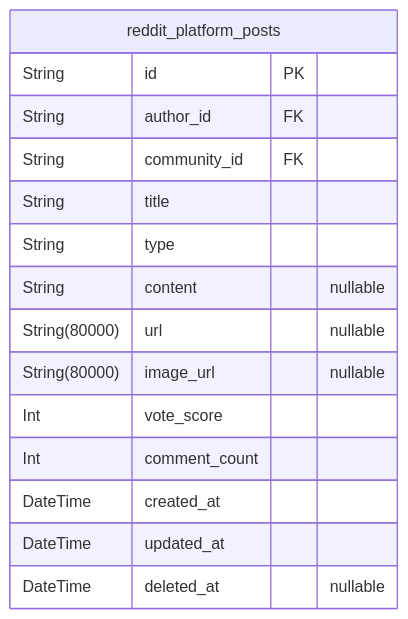
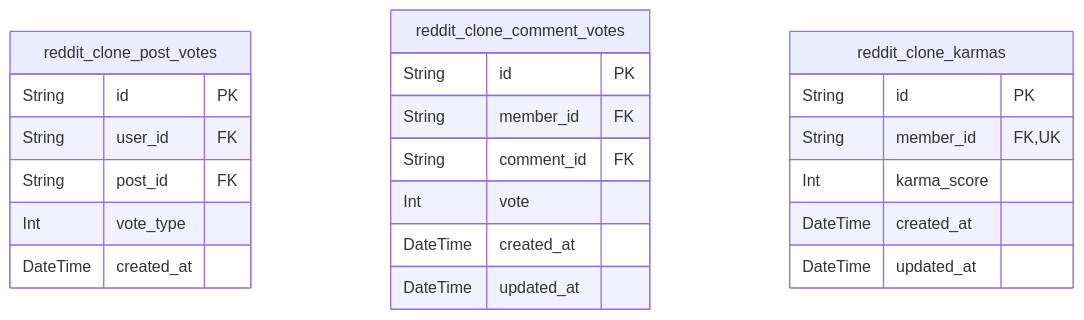
One commit to wrtnlabs/autobe-examples changed the fourth of 7 diagrams in qwen/qwen3-coder-next/reddit/docs/ERD.md. Above: the diagram before and after it, drawn with Mermaid. The commit also changed other lines of this file and 25939 other files, not shown here.

````diff
--- a/qwen/qwen3-coder-next/reddit/docs/ERD.md
+++ b/qwen/qwen3-coder-next/reddit/docs/ERD.md
@@ -510,18 +981,25 @@
 ```mermaid
 erDiagram
-"reddit_platform_posts" {
+"reddit_clone_post_votes" {
   String id PK
-  String author_id FK
-  String community_id FK
-  String title
-  String type
-  String content "nullable"
-  String(80000) url "nullable"
-  String(80000) image_url "nullable"
-  Int vote_score
-  Int comment_count
+  String user_id FK
+  String post_id FK
+  Int vote_type
+  DateTime created_at
+}
+"reddit_clone_comment_votes" {
+  String id PK
+  String member_id FK
+  String comment_id FK
+  Int vote
   DateTime created_at
   DateTime updated_at
-  DateTime deleted_at "nullable"
+}
+"reddit_clone_karmas" {
+  String id PK
+  String member_id FK,UK
+  Int karma_score
+  DateTime created_at
+  DateTime updated_at
 }
 ```
````
